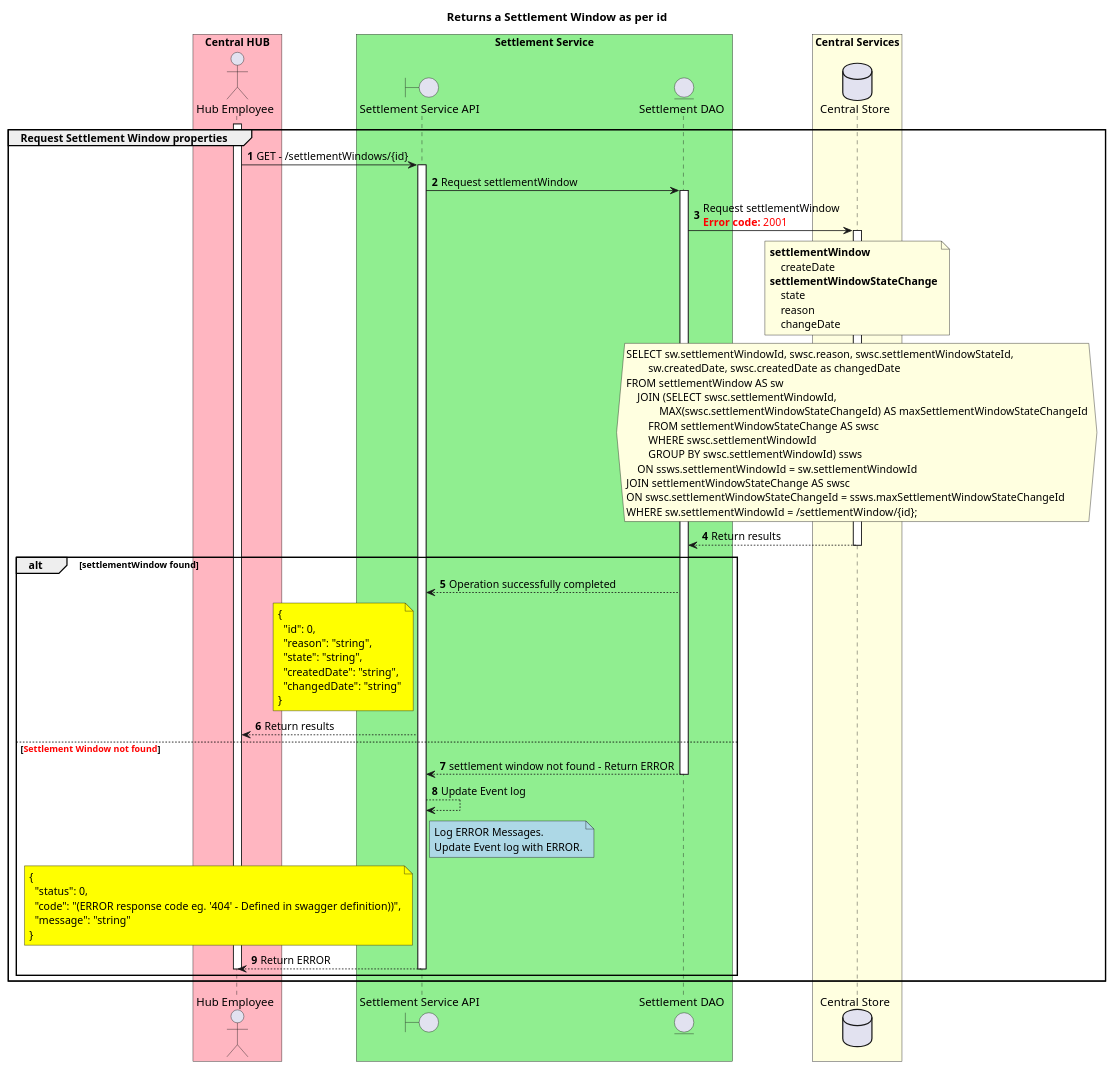
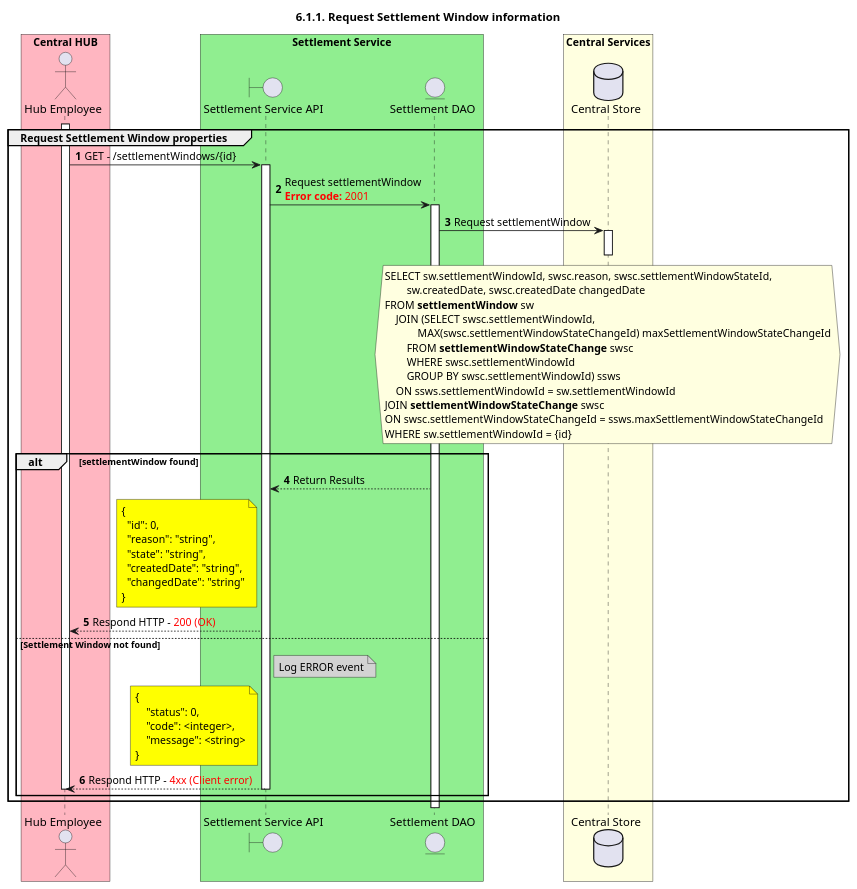
The diagram in CentralServices/seq_diagrams/seq-settleWindow-6.1.1.plantuml (HenkKodde/docs), drawn with PlantUML before and after one commit. The commit also changed 9 other files, not shown here.

Commit message:
Feature/#411DesignSettlementProcessing - updates as per Georgi.

```diff
--- a/CentralServices/seq_diagrams/seq-settleWindow-6.1.1.plantuml
+++ b/CentralServices/seq_diagrams/seq-settleWindow-6.1.1.plantuml
@@ -1,94 +1,78 @@
 @startuml
 ' declate title
-title Returns a Settlement Window as per id
-'title 6.1.1. getSettlementWindowById GET: /settlementWindows
+title 6.1.1. Request Settlement Window information
 
 autonumber
 
 ' declare actors
 actor "Hub Employee" as OPERATOR
-
 boundary "Settlement Service API" as SSAPI
 entity "Settlement DAO" as SETTLE_DAO
-
 database "Central Store" as DB
 
 box "Central HUB" #LightPink
     participant OPERATOR
 end box
 
 box "Settlement Service" #LightGreen
     participant SSAPI
     participant SETTLE_DAO
 end box
 
 box "Central Services" #LightYellow
     participant DB
 end box
 
 ' start flow
 group Request Settlement Window properties
     activate OPERATOR
     OPERATOR -> SSAPI: GET - /settlementWindows/{id}
     activate SSAPI
-    SSAPI -> SETTLE_DAO: Request settlementWindow
+    SSAPI -> SETTLE_DAO: Request settlementWindow\n<color #FF0000><b>Error code:</b> 2001</color>
     activate SETTLE_DAO
-    SETTLE_DAO -> DB: Request settlementWindow\n<color #FF0000><b>Error code:</b> 2001</color>
+    SETTLE_DAO -> DB: Request settlementWindow
     activate DB
-    note over DB #LightYellow
-        **settlementWindow**
-            createDate
-        **settlementWindowStateChange**
-            state
-            reason
-            changeDate
-    end note
     hnote over DB #LightYellow
         SELECT sw.settlementWindowId, swsc.reason, swsc.settlementWindowStateId,
-                sw.createdDate, swsc.createdDate as changedDate
-        FROM settlementWindow AS sw
+                sw.createdDate, swsc.createdDate changedDate
+        FROM **settlementWindow** sw
             JOIN (SELECT swsc.settlementWindowId,
-                    MAX(swsc.settlementWindowStateChangeId) AS maxSettlementWindowStateChangeId
-                FROM settlementWindowStateChange AS swsc
+                    MAX(swsc.settlementWindowStateChangeId) maxSettlementWindowStateChangeId
+                FROM **settlementWindowStateChange** swsc
                 WHERE swsc.settlementWindowId
                 GROUP BY swsc.settlementWindowId) ssws
             ON ssws.settlementWindowId = sw.settlementWindowId
-        JOIN settlementWindowStateChange AS swsc
+        JOIN **settlementWindowStateChange** swsc
         ON swsc.settlementWindowStateChangeId = ssws.maxSettlementWindowStateChangeId
-        WHERE sw.settlementWindowId = /settlementWindow/{id};
+        WHERE sw.settlementWindowId = {id}
     end hnote
-    SETTLE_DAO <-- DB: Return results
     deactivate DB
     alt settlementWindow found
-        SSAPI <-- SETTLE_DAO: Operation successfully completed
+        SSAPI <-- SETTLE_DAO: Return Results
         note left of SSAPI #Yellow
             {
               "id": 0,
               "reason": "string",
               "state": "string",
               "createdDate": "string",
               "changedDate": "string"
             }
         end note
-        OPERATOR <-- SSAPI: Return results
-    else <color #FF0000><b>Settlement Window not found</b></color>
-        SETTLE_DAO --> SSAPI: settlement window not found - Return ERROR
-        deactivate SETTLE_DAO
-        SSAPI --> SSAPI: Update Event log
-        note right of SSAPI #LightBlue
-            Log ERROR Messages.
-            Update Event log with ERROR.
+        OPERATOR <-- SSAPI: Respond HTTP - <color #FF0000>200 (OK)</color>
+    else Settlement Window not found
+        note right of SSAPI #lightgray
+            Log ERROR event
         end note
-        note left of SSAPI #Yellow
+        note left of SSAPI #yellow
             {
-              "status": 0,
-              "code": "(ERROR response code eg. '404' - Defined in swagger definition))",
-              "message": "string"
+                "status": 0,
+                "code": <integer>,
+                "message": <string>
             }
         end note
-        OPERATOR <-- SSAPI: Return ERROR
+        OPERATOR <-- SSAPI: Respond HTTP - <color #FF0000>4xx (Client error)</color>
     deactivate SSAPI
     deactivate OPERATOR
     end
 end
 @enduml
```
